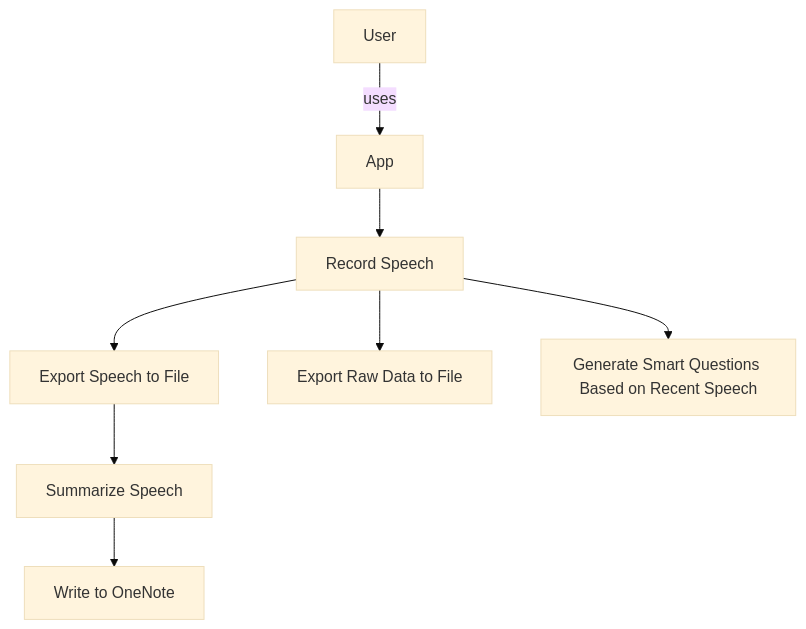
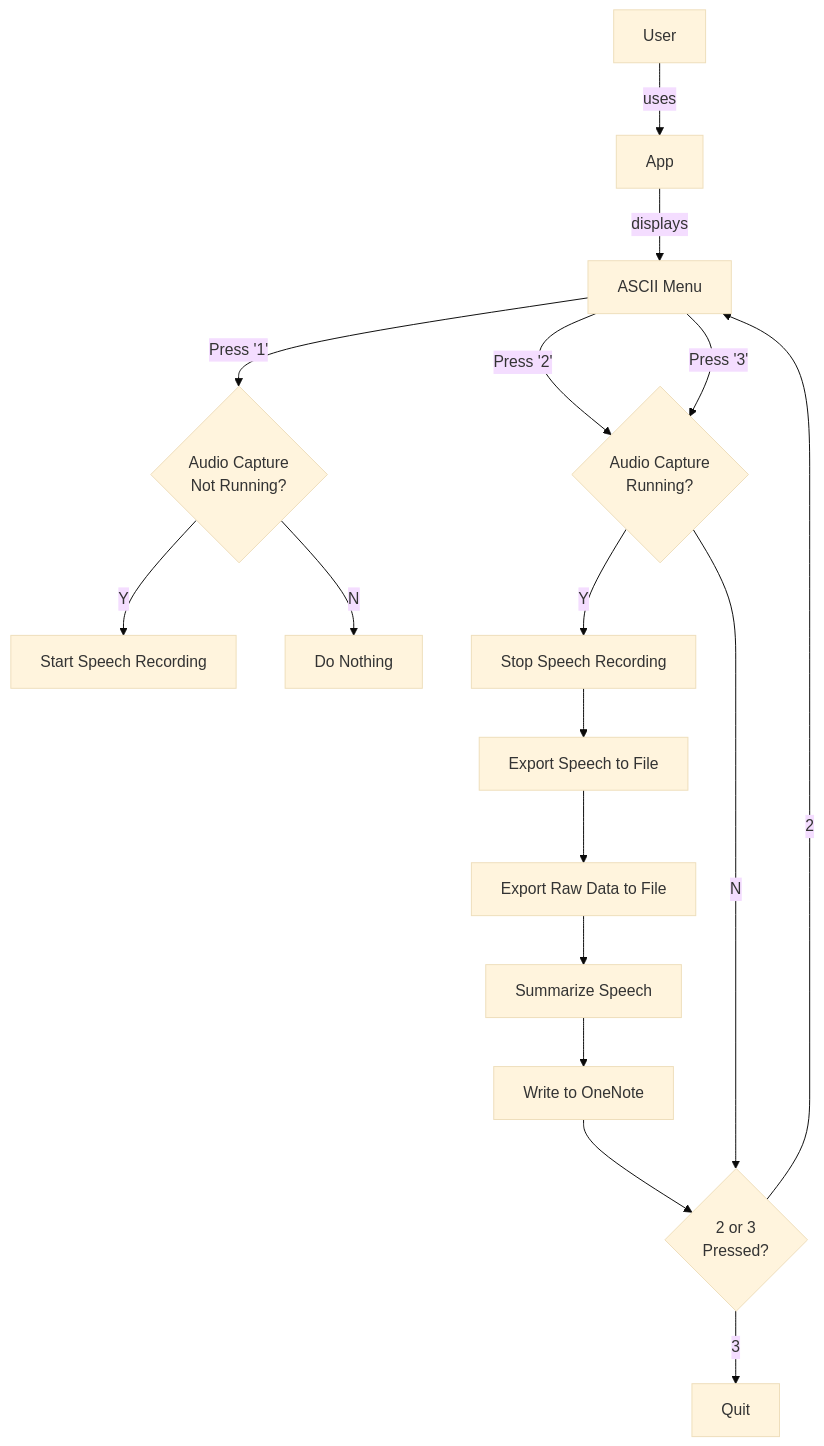
The diagram in README.md (choonchernlim/you-talk-too-much-app), drawn with Mermaid (base theme) before and after one commit. The commit also changed other lines of this file, not shown here.

````diff
--- a/README.md
+++ b/README.md
@@ -3,10 +3,24 @@
 ```mermaid
 flowchart TD
-    A[User] -- uses --> B[App]
-    B --> C[Record Speech]
-    C --> D[Export Speech to File]
-    C --> E[Export Raw Data to File]
-    D --> F[Summarize Speech]
-    C --> H[Generate Smart Questions Based on Recent Speech]
-    F --> G[Write to OneNote]
+    A[User] -- uses --> APP[App]
+    APP -- displays --> MENU[ASCII Menu]
+
+    MENU -- Press '1' --> DEC1{Audio Capture\nNot Running?}
+    DEC1 -- Y --> 1A[Start Speech Recording]
+    DEC1 -- N --> 1B[Do Nothing]
+
+    MENU -- Press '2' --> DEC2{Audio Capture\n Running?}
+
+    DEC2 -- Y --> 2A[Stop Speech Recording]
+    2A --> 2B[Export Speech to File]
+    2B --> 2C[Export Raw Data to File]
+    2C --> 2D[Summarize Speech]
+    2D --> 2E[Write to OneNote]
+    2E --> DEC3{2 or 3 \nPressed?}
+    DEC3 -- 2 --> MENU
+    DEC3 -- 3 --> 3A[Quit]
+
+    DEC2 -- N --> DEC3
+
+    MENU -- Press '3' --> DEC2
 ```
````
